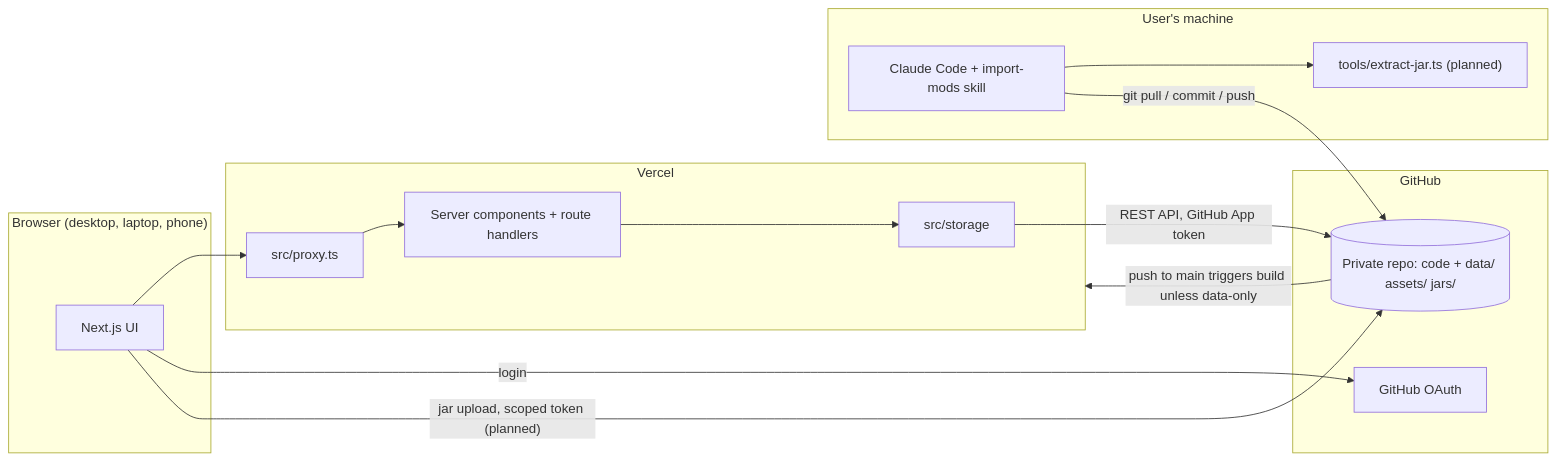
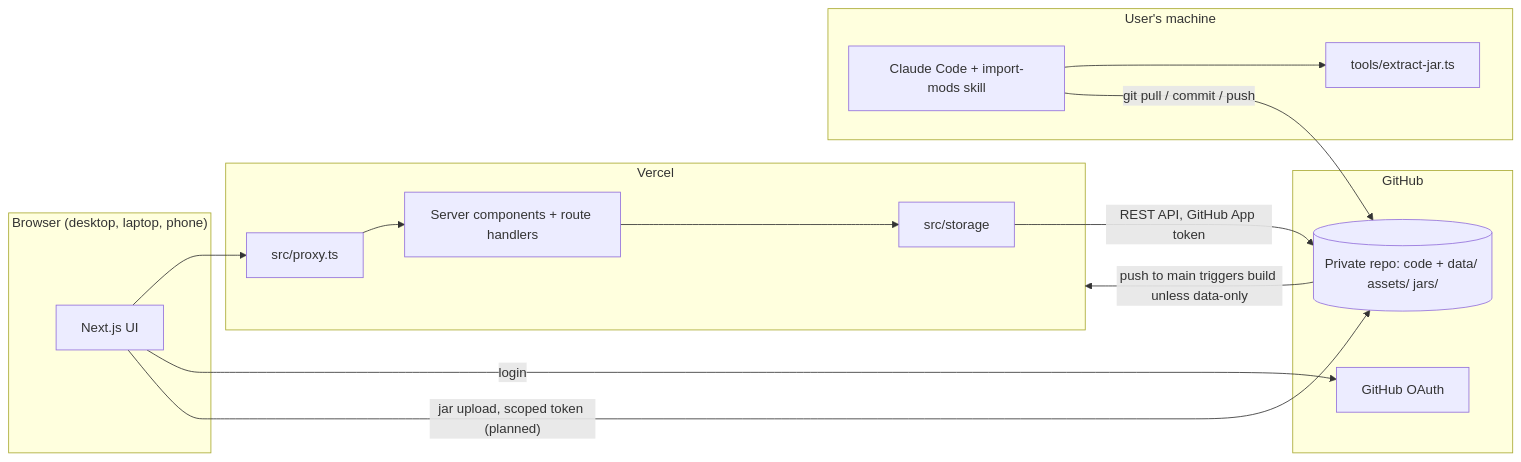
Before and after one commit to Jackson-Dataciders/Mineforge: the first of 6 diagrams in docs/architecture.md, drawn with Mermaid. The commit also changed other lines of this file and 28 other files, not shown here.

````diff
--- a/docs/architecture.md
+++ b/docs/architecture.md
@@ -12,25 +16,25 @@
 ```mermaid
 flowchart LR
   subgraph Devices["Browser (desktop, laptop, phone)"]
     UI[Next.js UI]
   end
   subgraph Vercel
     Proxy["src/proxy.ts"]
     RSC[Server components + route handlers]
     Storage["src/storage"]
   end
   subgraph GitHub
     OAuth[GitHub OAuth]
     Repo[("Private repo: code + data/ assets/ jars/")]
   end
   subgraph Local["User's machine"]
     CC[Claude Code + import-mods skill]
-    Tool["tools/extract-jar.ts (planned)"]
+    Tool["tools/extract-jar.ts"]
   end
   UI --> Proxy --> RSC --> Storage -->|REST API, GitHub App token| Repo
   UI -->|login| OAuth
   UI -->|"jar upload, scoped token (planned)"| Repo
   CC --> Tool
   CC -->|git pull / commit / push| Repo
   Repo -->|push to main triggers build unless data-only| Vercel
 ```
````
